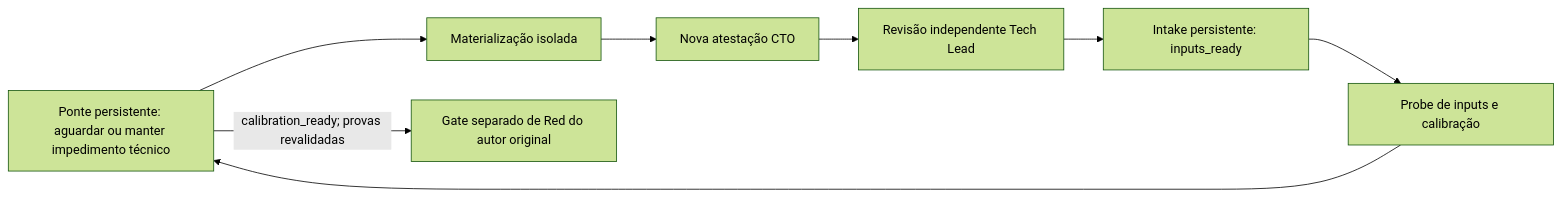
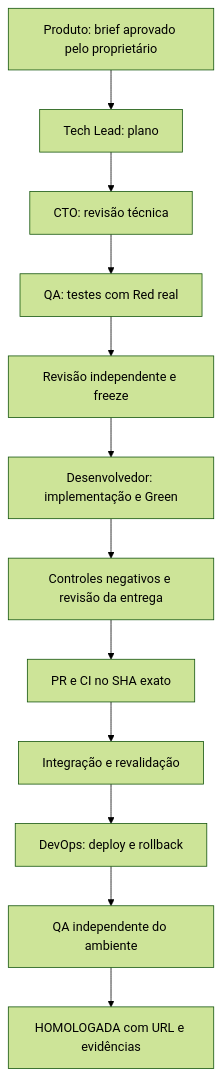
One commit to codifydeep/fabriquinha changed the second of 2 diagrams in README.md. Above: the diagram before and after it, drawn with Mermaid (forest theme). The commit also changed other lines of this file and 7 other files, not shown here.

````diff
--- a/README.md
+++ b/README.md
@@ -1979,10 +57,14 @@
 ```mermaid
-flowchart LR
-  B[Proposta nativa CTO] --> M[Materialização isolada]
-  M --> C[Nova atestação CTO]
-  C --> T[Revisão independente Tech Lead]
-  T --> I[Intake persistente: inputs_ready]
-  I --> P[Probe de inputs e calibração]
-  P --> B[Ponte persistente: aguardar ou manter impedimento técnico]
-  B -->|calibration_ready; provas revalidadas| R[Gate separado de Red do autor original]
+flowchart TD
+    B[Produto: brief aprovado pelo proprietário] --> P[Tech Lead: plano]
+    P --> C[CTO: revisão técnica]
+    C --> T[QA: testes com Red real]
+    T --> F[Revisão independente e freeze]
+    F --> I[Desenvolvedor: implementação e Green]
+    I --> N[Controles negativos e revisão da entrega]
+    N --> PR[PR e CI no SHA exato]
+    PR --> M[Integração e revalidação]
+    M --> D[DevOps: deploy e rollback]
+    D --> Q[QA independente do ambiente]
+    Q --> H[HOMOLOGADA com URL e evidências]
 ```
````
